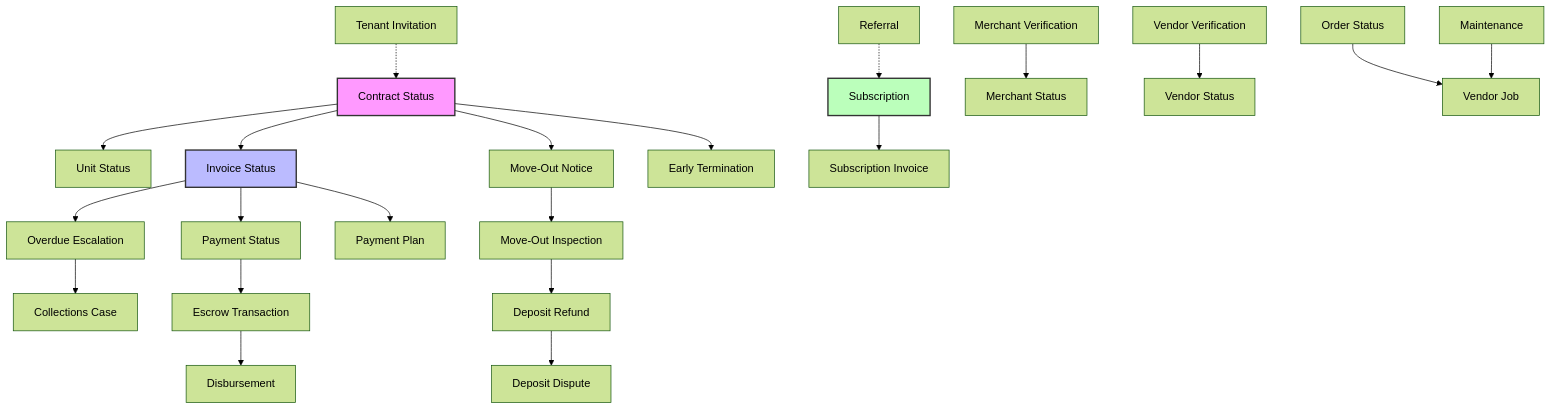
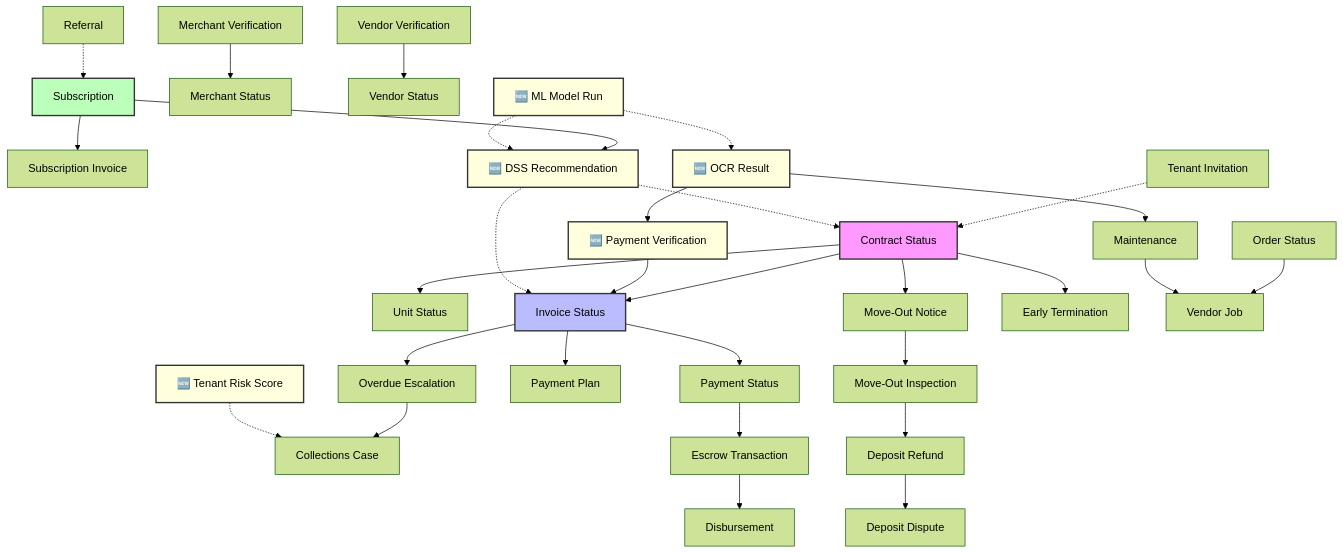
Before and after one commit to itsramaa/Sistem-Hunian: diagram 26 of 26 in docs/domain-state-machines.md, drawn with Mermaid (forest theme). The commit also changed other lines of this file and 1 other file, not shown here.

````diff
--- a/docs/domain-state-machines.md
+++ b/docs/domain-state-machines.md
@@ -1270,36 +1570,52 @@
 ```mermaid
 graph TD
     CONTRACT[Contract Status] --> UNIT[Unit Status]
     CONTRACT --> INVOICE[Invoice Status]
     CONTRACT --> MOVEOUT[Move-Out Notice]
     
     INVOICE --> PAYMENT[Payment Status]
     INVOICE --> OVERDUE[Overdue Escalation]
     INVOICE --> PAYPLAN[Payment Plan]
     
     OVERDUE --> COLLECTION[Collections Case]
     
     PAYMENT --> ESCROW[Escrow Transaction]
     ESCROW --> DISBURSEMENT[Disbursement]
     
     MOVEOUT --> INSPECTION[Move-Out Inspection]
     INSPECTION --> DEPOSIT[Deposit Refund]
     DEPOSIT --> DISPUTE_DEP[Deposit Dispute]
     
     CONTRACT --> EARLY_TERM[Early Termination]
     
     SUBSCRIPTION[Subscription] --> SUB_INVOICE[Subscription Invoice]
     
     MERCHANT_VERIF[Merchant Verification] --> MERCHANT[Merchant Status]
     VENDOR_VERIF[Vendor Verification] --> VENDOR[Vendor Status]
     
     ORDER[Order Status] --> VENDOR_JOB[Vendor Job]
     MAINTENANCE[Maintenance] --> VENDOR_JOB
     
     INVITATION[Tenant Invitation] -.-> CONTRACT
     REFERRAL[Referral] -.-> SUBSCRIPTION
 
+    %% DSS Layer
+    OCR[🆕 OCR Result] --> PAY_VERIF[🆕 Payment Verification]
+    PAY_VERIF --> INVOICE
+    OCR --> MAINTENANCE
+    SUBSCRIPTION --> DSS_REC[🆕 DSS Recommendation]
+    DSS_REC -.-> CONTRACT
+    DSS_REC -.-> INVOICE
+    ML_RUN[🆕 ML Model Run] -.-> OCR
+    ML_RUN -.-> DSS_REC
+    RISK[🆕 Tenant Risk Score] -.-> COLLECTION
+
     style CONTRACT fill:#f9f,stroke:#333,stroke-width:2px
     style INVOICE fill:#bbf,stroke:#333,stroke-width:2px
     style SUBSCRIPTION fill:#bfb,stroke:#333,stroke-width:2px
+    style OCR fill:#ffd,stroke:#333,stroke-width:2px
+    style PAY_VERIF fill:#ffd,stroke:#333,stroke-width:2px
+    style DSS_REC fill:#ffd,stroke:#333,stroke-width:2px
+    style ML_RUN fill:#ffd,stroke:#333,stroke-width:2px
+    style RISK fill:#ffd,stroke:#333,stroke-width:2px
 ```
````
